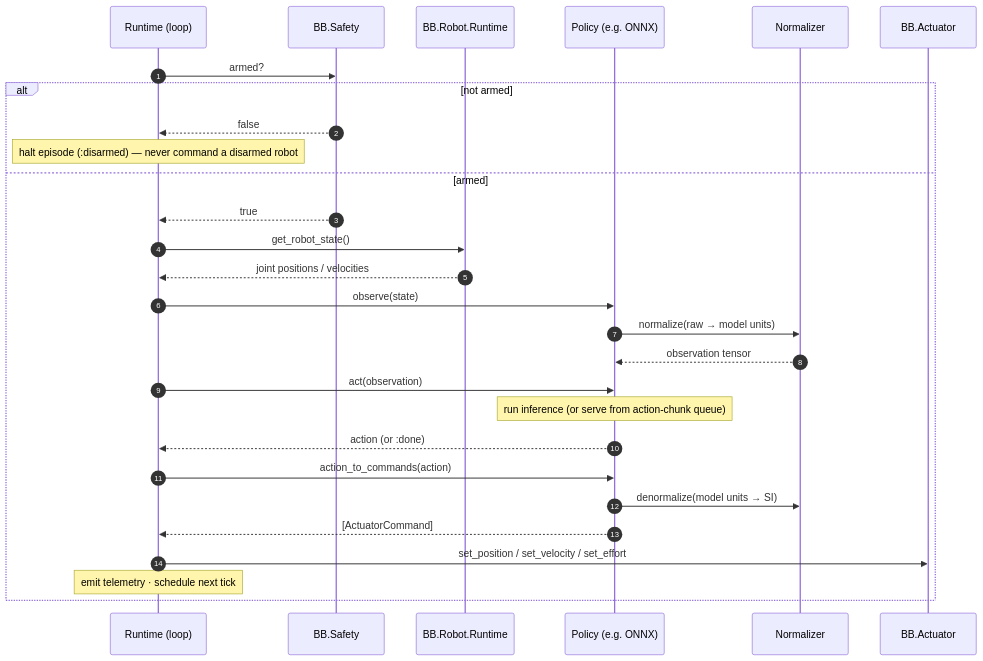
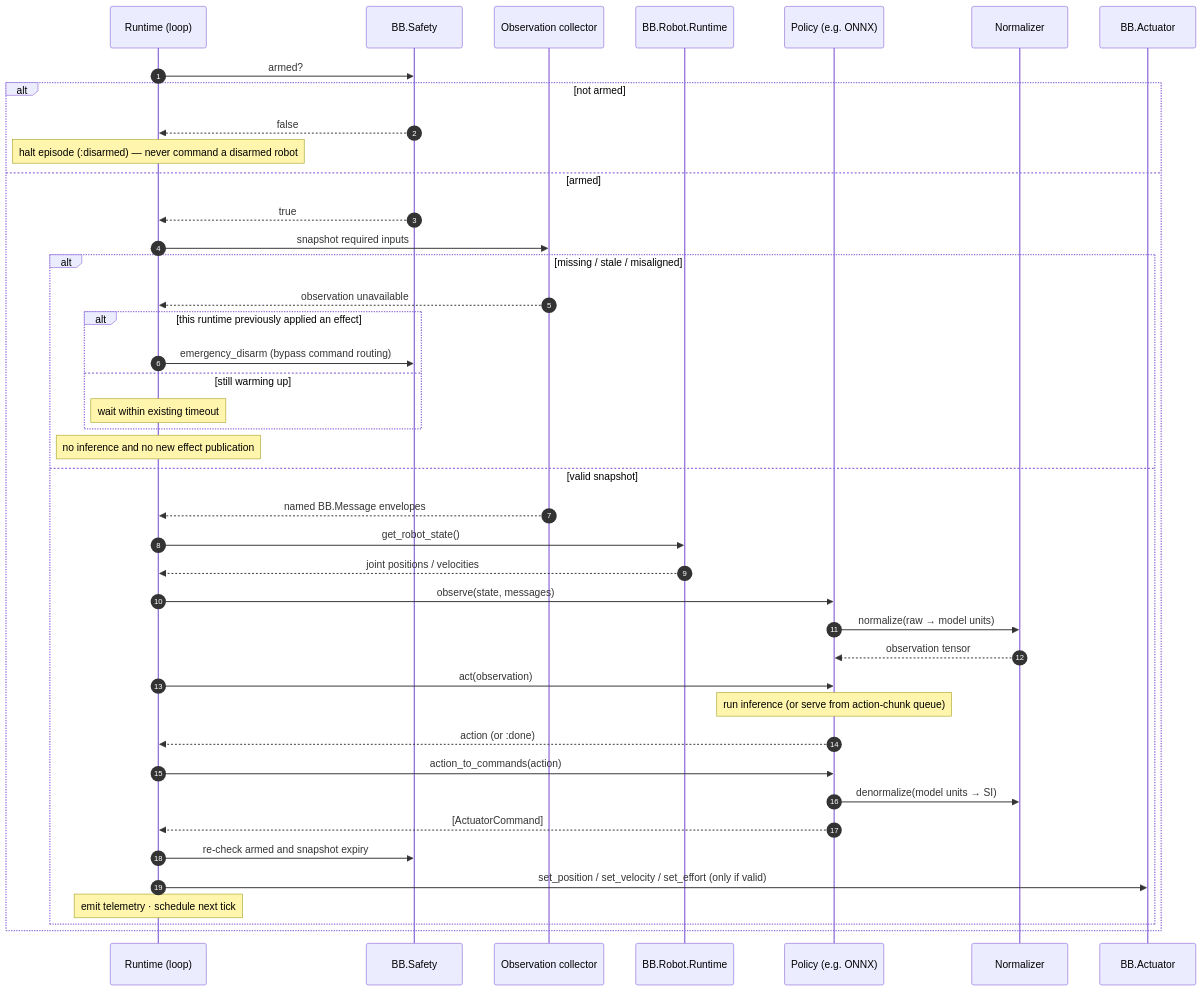
One commit to beam-bots/bb_policy changed the second of 3 diagrams in docs/design.md. Above: the diagram before and after it, drawn with Mermaid. The commit also changed other lines of this file and 1 other file, not shown here.

First line of the commit message:
docs: add observation contract and safety layers to design (#21)

````diff
--- a/docs/design.md
+++ b/docs/design.md
@@ -171,31 +178,45 @@
 ```mermaid
 sequenceDiagram
   autonumber
   participant L as Runtime (loop)
   participant S as BB.Safety
+  participant C as Observation collector
   participant R as BB.Robot.Runtime
   participant P as Policy (e.g. ONNX)
   participant N as Normalizer
   participant A as BB.Actuator
 
   L->>S: armed?
   alt not armed
     S-->>L: false
     Note over L: halt episode (:disarmed) — never command a disarmed robot
   else armed
     S-->>L: true
+    L->>C: snapshot required inputs
+    alt missing / stale / misaligned
+      C-->>L: observation unavailable
+      alt this runtime previously applied an effect
+        L->>S: emergency_disarm (bypass command routing)
+      else still warming up
+        Note over L: wait within existing timeout
+      end
+      Note over L: no inference and no new effect publication
+    else valid snapshot
+      C-->>L: named BB.Message envelopes
     L->>R: get_robot_state()
     R-->>L: joint positions / velocities
-    L->>P: observe(state)
+    L->>P: observe(state, messages)
     P->>N: normalize(raw → model units)
     N-->>P: observation tensor
     L->>P: act(observation)
     Note over P: run inference (or serve from action-chunk queue)
     P-->>L: action (or :done)
     L->>P: action_to_commands(action)
     P->>N: denormalize(model units → SI)
     P-->>L: [ActuatorCommand]
-    L->>A: set_position / set_velocity / set_effort
+    L->>S: re-check armed and snapshot expiry
+    L->>A: set_position / set_velocity / set_effort (only if valid)
     Note over L: emit telemetry · schedule next tick
+    end
   end
 ```
````
